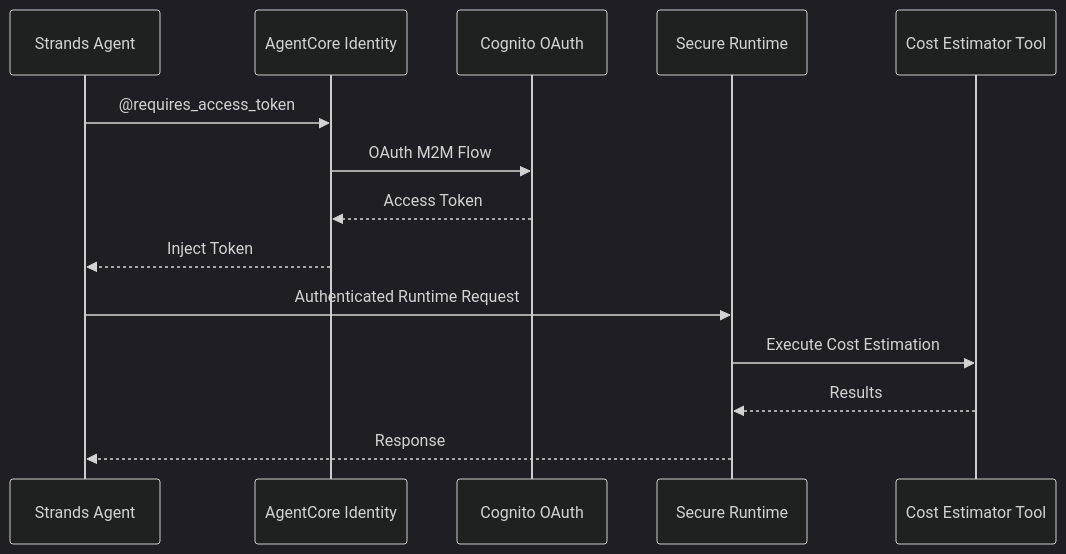
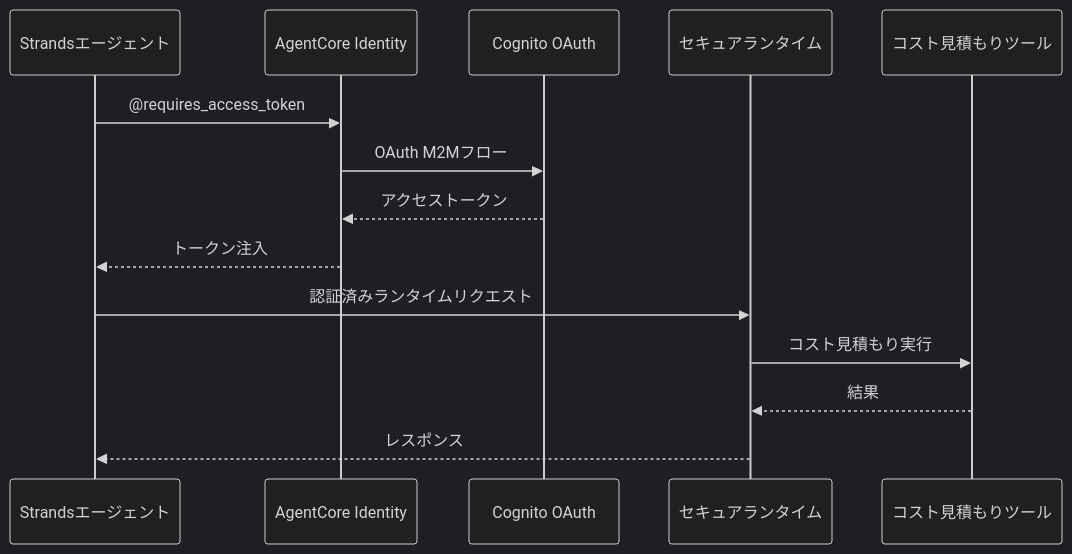
The diagram in 03_identity/README.md (tetsuo-nobe/sample-amazon-bedrock-agentcore-onboarding-jp), drawn with Mermaid (dark theme) before and after one commit. The commit also changed other lines of this file and 6 other files, not shown here.

````diff
--- a/03_identity/README.md
+++ b/03_identity/README.md
@@ -9,17 +7,17 @@
 ```mermaid
 sequenceDiagram
-    participant Agent as Strands Agent
+    participant Agent as Strandsエージェント
     participant Identity as AgentCore Identity
     participant Cognito as Cognito OAuth
-    participant Runtime as Secure Runtime
-    participant Tool as Cost Estimator Tool
+    participant Runtime as セキュアランタイム
+    participant Tool as コスト見積もりツール
 
     Agent->>Identity: @requires_access_token
-    Identity->>Cognito: OAuth M2M Flow
-    Cognito-->>Identity: Access Token
-    Identity-->>Agent: Inject Token
-    Agent->>Runtime: Authenticated Runtime Request
-    Runtime->>Tool: Execute Cost Estimation
-    Tool-->>Runtime: Results
-    Runtime-->>Agent: Response
+    Identity->>Cognito: OAuth M2Mフロー
+    Cognito-->>Identity: アクセストークン
+    Identity-->>Agent: トークン注入
+    Agent->>Runtime: 認証済みランタイムリクエスト
+    Runtime->>Tool: コスト見積もり実行
+    Tool-->>Runtime: 結果
+    Runtime-->>Agent: レスポンス
 ```
````
